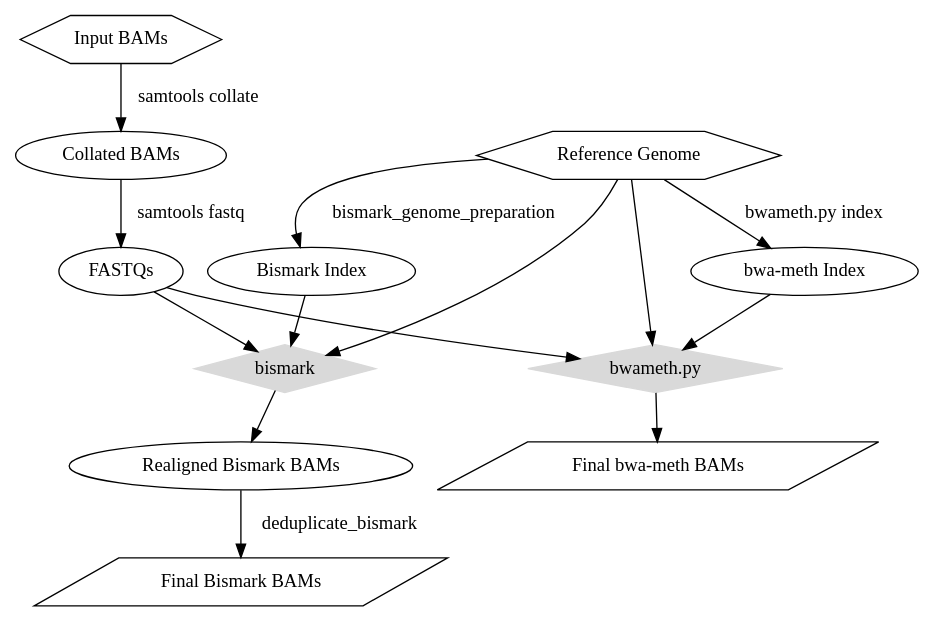
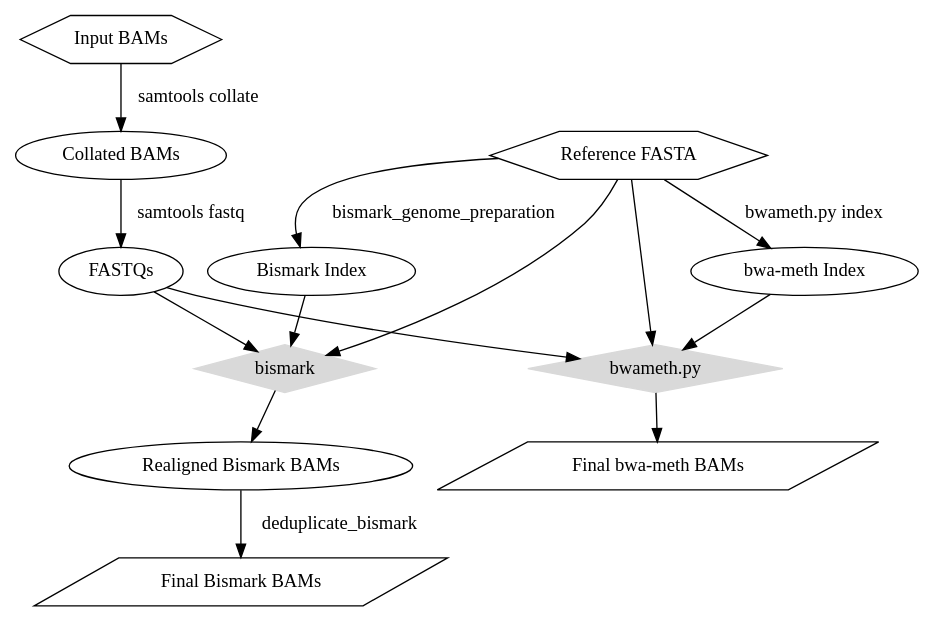
Before and after one commit to nebiolabs/low_bismap_methyl_calls: the diagram in realign workflow.dot, drawn with Graphviz. The commit also changed 1 other file, not shown here.

Commit message:
Updated label on realign DAG.

```diff
--- a/realign workflow.dot
+++ b/realign workflow.dot
@@ -1,41 +1,41 @@
 digraph workflow {
 
-	"Reference Genome" [shape=hexagon];
+	"Reference FASTA" [shape=hexagon];
 
 	"Input BAMs" [shape=hexagon];
 
 	"Final Bismark BAMs" [shape=parallelogram];
 
 	"Final bwa-meth BAMs" [shape=parallelogram];
 
 	"Bismark" [shape=diamond,  color=gray85, style=filled, label="bismark"];
 
 	"bwa-meth" [shape=diamond,  color=gray85, style=filled, label="bwameth.py"];
 
 	"Input BAMs" -> "Collated BAMs" [label="samtools collate"];
 
 	"Collated BAMs" -> "FASTQs" [label="samtools fastq"];
 
 	"FASTQs" -> "Bismark";
 
 	"FASTQs" -> "bwa-meth";
 
 	"Bismark Index" -> "Bismark";
 
 	"bwa-meth Index" -> "bwa-meth";
 
-	"Reference Genome" -> "Bismark Index" [label="bismark_genome_preparation"];
+	"Reference FASTA" -> "Bismark Index" [label="bismark_genome_preparation"];
 
-	"Reference Genome" -> "bwa-meth Index" [label="bwameth.py index"];
+	"Reference FASTA" -> "bwa-meth Index" [label="bwameth.py index"];
 
-	"Reference Genome" -> "Bismark";
+	"Reference FASTA" -> "Bismark";
 
-	"Reference Genome" -> "bwa-meth";
+	"Reference FASTA" -> "bwa-meth";
 
 	"Bismark" -> "Realigned Bismark BAMs";
 
 	"Realigned Bismark BAMs" -> "Final Bismark BAMs" [label="deduplicate_bismark"];
 
 	"bwa-meth" -> "Final bwa-meth BAMs";
 
 }
```
